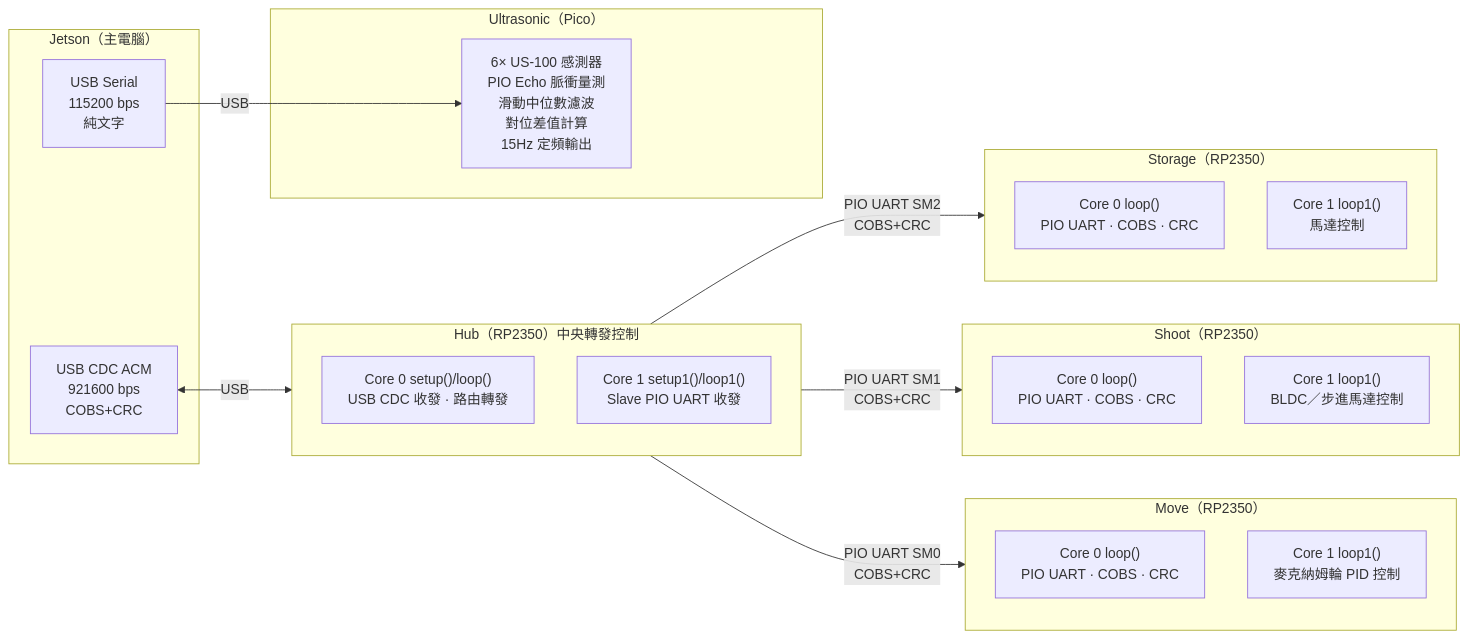
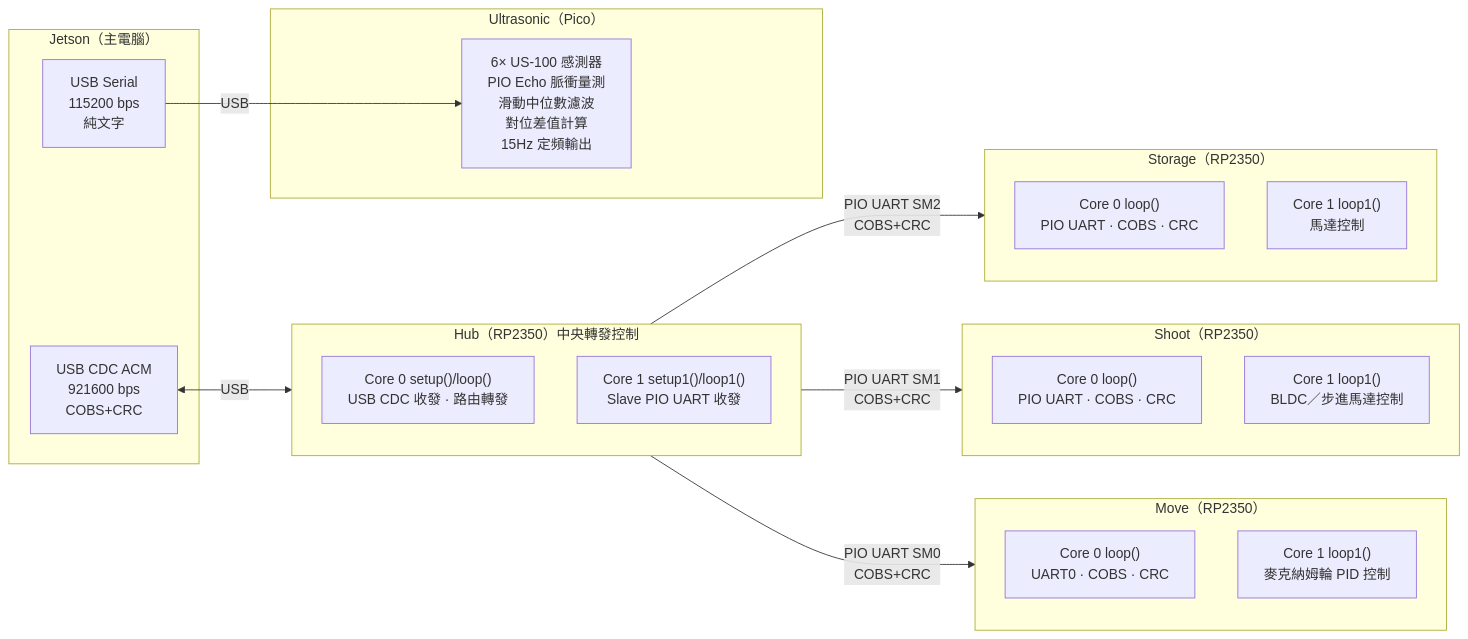
One commit to James250704/Ctrl_CV_2026 changed the diagram in agent.md. Above: the diagram before and after it, drawn with Mermaid. The commit also changed other lines of this file and 6 other files, not shown here.

````diff
--- a/agent.md
+++ b/agent.md
@@ -64,41 +64,41 @@
 ```mermaid
 flowchart LR
     subgraph Jetson["Jetson（主電腦）"]
         J_USB1[USB CDC ACM<br/>921600 bps<br/>COBS+CRC]
         J_USB2[USB Serial<br/>115200 bps<br/>純文字]
     end
 
     subgraph Hub["Hub（RP2350）中央轉發控制"]
         direction TB
         H_C0["Core 0 setup()/loop()<br/>USB CDC 收發 · 路由轉發"]
         H_C1["Core 1 setup1()/loop1()<br/>Slave PIO UART 收發"]
     end
 
     subgraph Move["Move（RP2350）"]
         direction TB
-        M_C0["Core 0 loop()<br/>PIO UART · COBS · CRC"]
+        M_C0["Core 0 loop()<br/>UART0 · COBS · CRC"]
         M_C1["Core 1 loop1()<br/>麥克納姆輪 PID 控制"]
     end
 
     subgraph Shoot["Shoot（RP2350）"]
         direction TB
         S_C0["Core 0 loop()<br/>PIO UART · COBS · CRC"]
         S_C1["Core 1 loop1()<br/>BLDC／步進馬達控制"]
     end
 
     subgraph Storage["Storage（RP2350）"]
         direction TB
         T_C0["Core 0 loop()<br/>PIO UART · COBS · CRC"]
         T_C1["Core 1 loop1()<br/>馬達控制"]
     end
 
     subgraph Ultra["Ultrasonic（Pico）"]
         US["6× US-100 感測器<br/>PIO Echo 脈衝量測<br/>滑動中位數濾波<br/>對位差值計算<br/>15Hz 定頻輸出"]
     end
 
     J_USB1 <-->|USB| H_C0
     H_C1 -->|PIO UART SM0<br/>COBS+CRC| M_C0
     H_C1 -->|PIO UART SM1<br/>COBS+CRC| S_C0
     H_C1 -->|PIO UART SM2<br/>COBS+CRC| T_C0
     J_USB2 -->|USB| US
 ```
````
